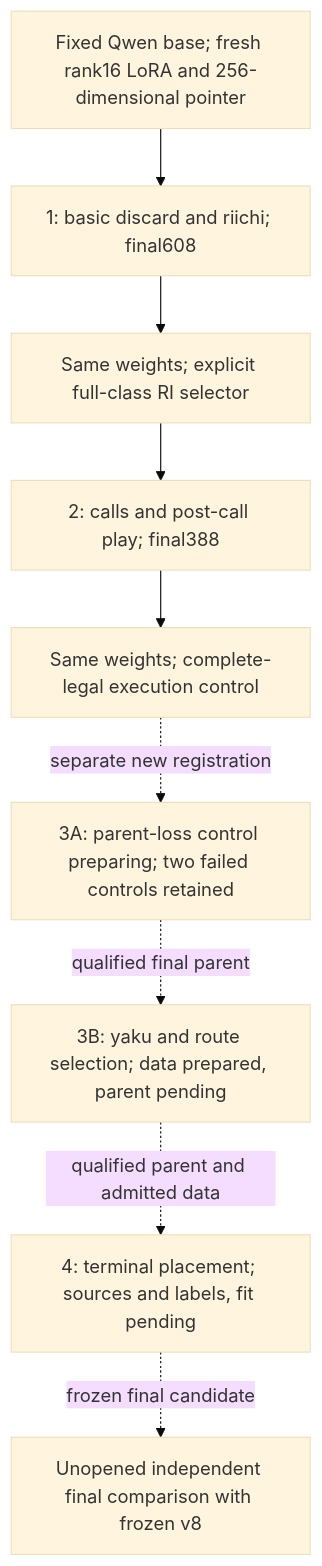
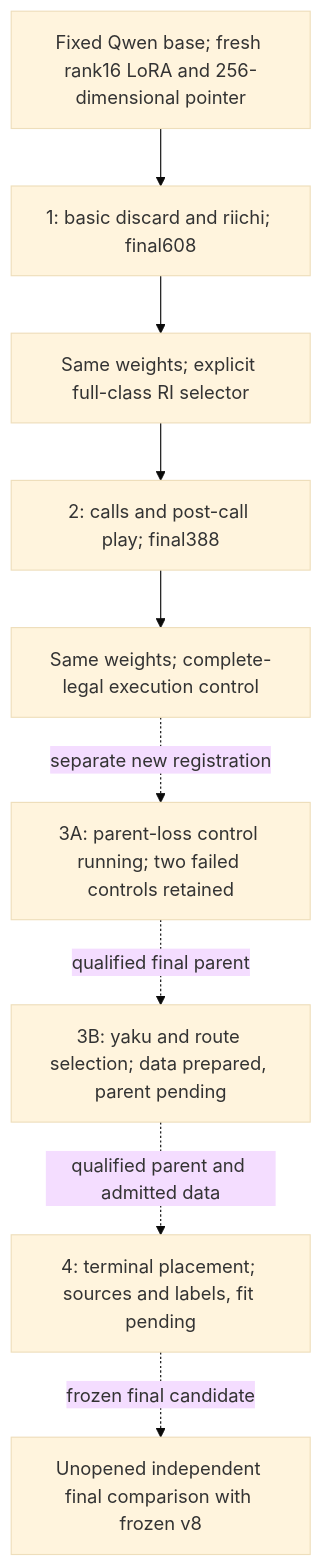
One commit to YokyYao/JevMajhong changed the diagram in reproduction/CURRICULUM_ROUTE.md. Above: the diagram before and after it, drawn with Mermaid (base theme). The commit also changed other lines of this file and 1 other file, not shown here.

Commit message:
Record actual parent-loss control launch and completed terminal labeling

````diff
--- a/reproduction/CURRICULUM_ROUTE.md
+++ b/reproduction/CURRICULUM_ROUTE.md
@@ -32,17 +37,17 @@
 ```mermaid
 flowchart TD
     A[Fixed Qwen base; fresh rank16 LoRA and 256-dimensional pointer]
     B[1: basic discard and riichi; final608]
     C[Same weights; explicit full-class RI selector]
     D[2: calls and post-call play; final388]
     E[Same weights; complete-legal execution control]
-    F[3A: parent-loss control preparing; two failed controls retained]
+    F[3A: parent-loss control running; two failed controls retained]
     G[3B: yaku and route selection; data prepared, parent pending]
     H[4: terminal placement; sources and labels, fit pending]
     I[Unopened independent final comparison with frozen v8]
     A --> B --> C --> D --> E
     E -. separate new registration .-> F
     F -. qualified final parent .-> G
     G -. qualified parent and admitted data .-> H
     H -. frozen final candidate .-> I
 ```
````
